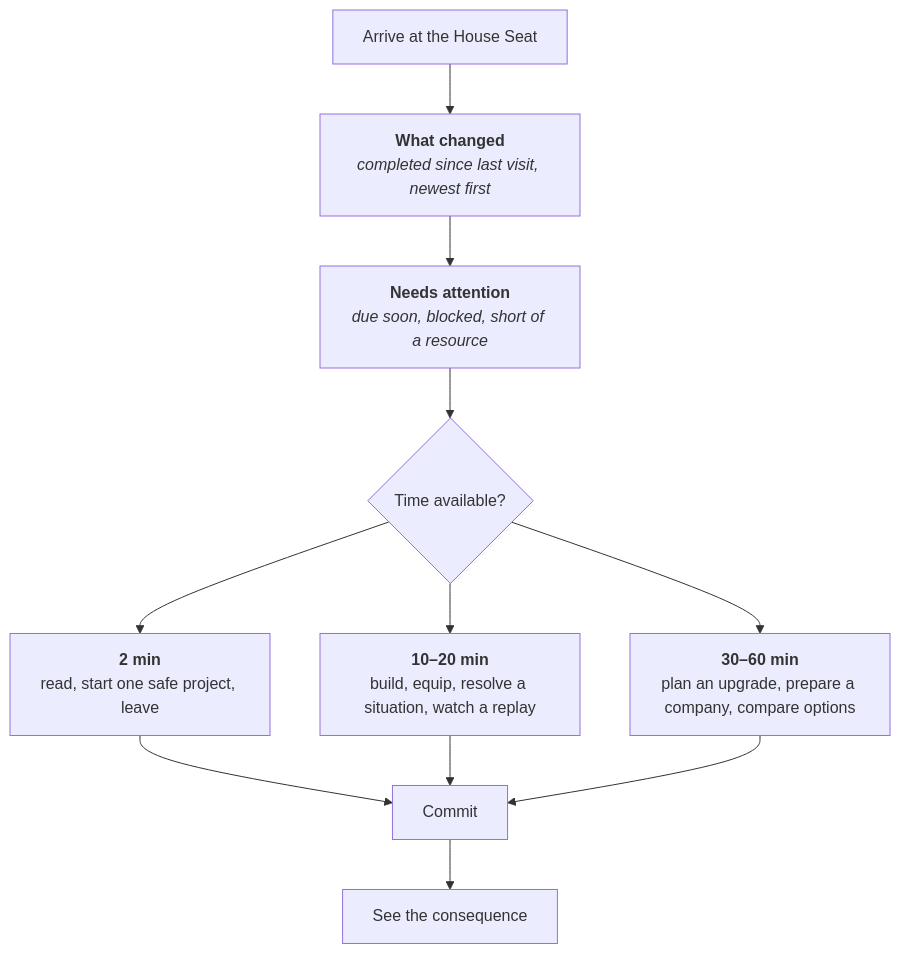
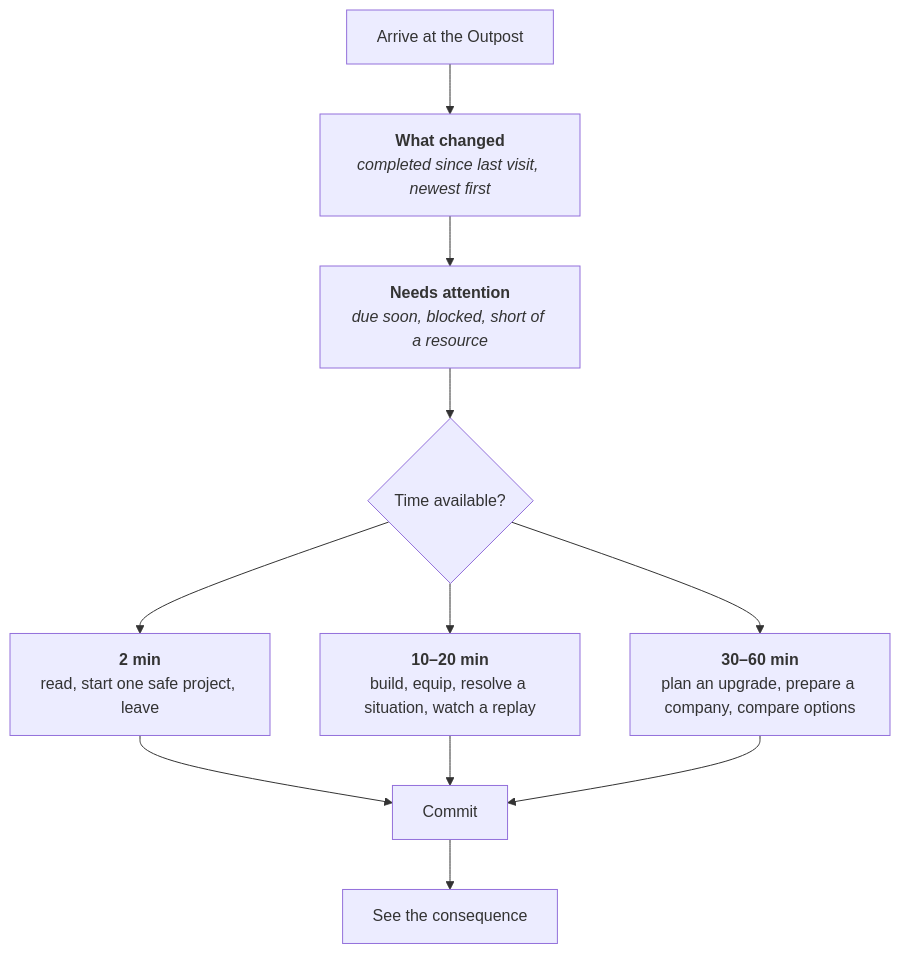
The second of 3 diagrams in docs/design/JOURNEYS.md (luisfpires18/woo-runeforging), drawn with Mermaid before and after one commit. The commit also changed other lines of this file and 56 other files, not shown here.

````diff
--- a/docs/design/JOURNEYS.md
+++ b/docs/design/JOURNEYS.md
@@ -91,18 +91,18 @@
 ```mermaid
 flowchart TD
-    A["Arrive at the House Seat"]
+    A["Arrive at the Outpost"]
     B["<b>What changed</b><br/><i>completed since last visit, newest first</i>"]
     C["<b>Needs attention</b><br/><i>due soon, blocked, short of a resource</i>"]
     D{"Time available?"}
     E["<b>2 min</b><br/>read, start one safe project, leave"]
     F["<b>10–20 min</b><br/>build, equip, resolve a situation, watch a replay"]
     G["<b>30–60 min</b><br/>plan an upgrade, prepare a company, compare options"]
     H["Commit"]
     I["See the consequence"]
 
     A --> B --> C --> D
     D --> E --> H
     D --> F --> H
     D --> G --> H
     H --> I
 ```
````
